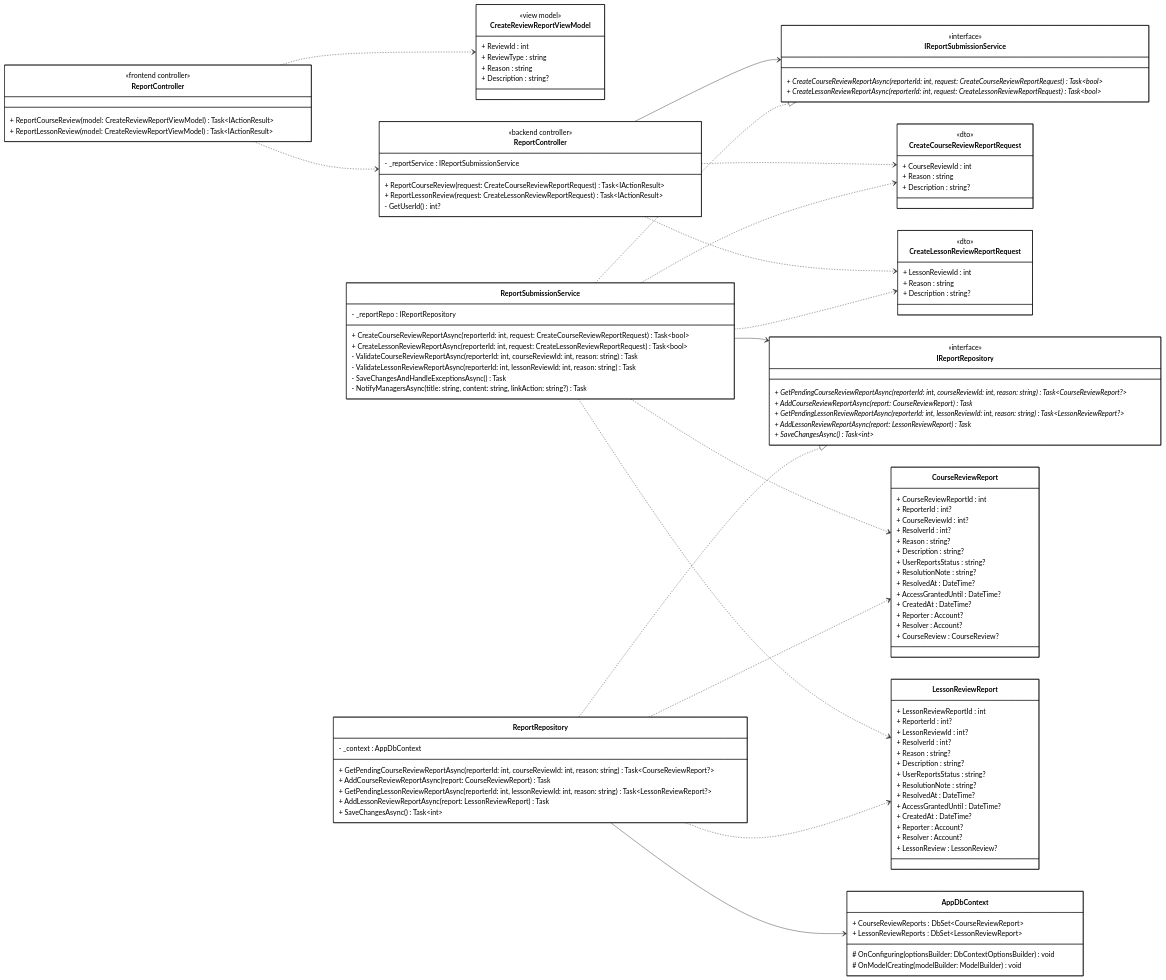
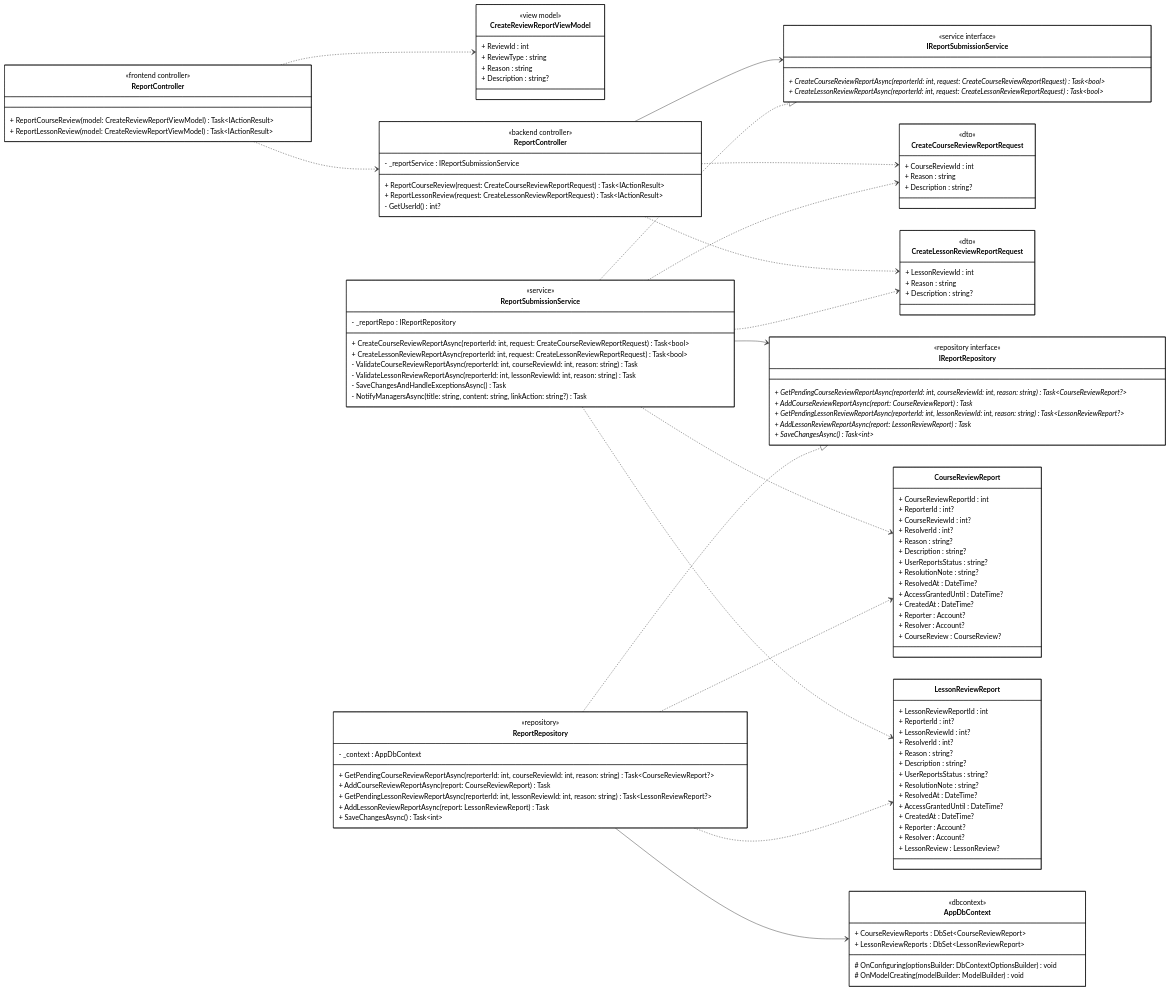
One commit to 1000do/Linked changed the diagram in diagrams/class_mermaid/report/cls_mm_report_review.mmd. Above: the diagram before and after it, drawn with Mermaid. The commit also changed 69 other files, not shown here.

Commit message:
update skill sequence, class

```diff
--- a/diagrams/class_mermaid/report/cls_mm_report_review.mmd
+++ b/diagrams/class_mermaid/report/cls_mm_report_review.mmd
@@ -1,163 +1,166 @@
 classDiagram
 direction LR
 
 %% ==================== FRONTEND ====================
 
 class ReportControllerFE["ReportController"] {
     <<frontend controller>>
     + ReportCourseReview(model: CreateReviewReportViewModel) Task~IActionResult~
     + ReportLessonReview(model: CreateReviewReportViewModel) Task~IActionResult~
 }
 
 class CreateReviewReportViewModel {
     <<view model>>
     + ReviewId : int
     + ReviewType : string
     + Reason : string
     + Description : string?
 }
 
 %% ==================== BACKEND - CONTROLLER ====================
 
 class ReportControllerBE["ReportController"] {
     <<backend controller>>
     - _reportService : IReportSubmissionService
     
     + ReportCourseReview(request: CreateCourseReviewReportRequest) Task~IActionResult~
     + ReportLessonReview(request: CreateLessonReviewReportRequest) Task~IActionResult~
     - GetUserId() int?
 }
 
 %% ==================== BACKEND - DTOs ====================
 
 class CreateCourseReviewReportRequest {
     <<dto>>
     + CourseReviewId : int
     + Reason : string
     + Description : string?
 }
 
 class CreateLessonReviewReportRequest {
     <<dto>>
     + LessonReviewId : int
     + Reason : string
     + Description : string?
 }
 
 %% ==================== BACKEND - DOMAIN ENTITIES ====================
 
 class CourseReviewReport {
     + CourseReviewReportId : int
     + ReporterId : int?
     + CourseReviewId : int?
     + ResolverId : int?
     + Reason : string?
     + Description : string?
     + UserReportsStatus : string?
     + ResolutionNote : string?
     + ResolvedAt : DateTime?
     + AccessGrantedUntil : DateTime?
     + CreatedAt : DateTime?
     + Reporter : Account?
     + Resolver : Account?
     + CourseReview : CourseReview?
 }
 
 class LessonReviewReport {
     + LessonReviewReportId : int
     + ReporterId : int?
     + LessonReviewId : int?
     + ResolverId : int?
     + Reason : string?
     + Description : string?
     + UserReportsStatus : string?
     + ResolutionNote : string?
     + ResolvedAt : DateTime?
     + AccessGrantedUntil : DateTime?
     + CreatedAt : DateTime?
     + Reporter : Account?
     + Resolver : Account?
     + LessonReview : LessonReview?
 }
 
 %% ==================== BACKEND - SERVICE INTERFACES ====================
 
 class IReportSubmissionService {
-    <<interface>>
+    <<service interface>>
     + CreateCourseReviewReportAsync(reporterId: int, request: CreateCourseReviewReportRequest) Task~bool~ *
     + CreateLessonReviewReportAsync(reporterId: int, request: CreateLessonReviewReportRequest) Task~bool~ *
 }
 
 class IReportRepository {
-    <<interface>>
+    <<repository interface>>
     + GetPendingCourseReviewReportAsync(reporterId: int, courseReviewId: int, reason: string) Task~CourseReviewReport?~ *
     + AddCourseReviewReportAsync(report: CourseReviewReport) Task *
     + GetPendingLessonReviewReportAsync(reporterId: int, lessonReviewId: int, reason: string) Task~LessonReviewReport?~ *
     + AddLessonReviewReportAsync(report: LessonReviewReport) Task *
     + SaveChangesAsync() Task~int~ *
 }
 
 %% ==================== BACKEND - SERVICE IMPLEMENTATION ====================
 
 class ReportSubmissionService {
+    <<service>>
     - _reportRepo : IReportRepository
     
     + CreateCourseReviewReportAsync(reporterId: int, request: CreateCourseReviewReportRequest) Task~bool~
     + CreateLessonReviewReportAsync(reporterId: int, request: CreateLessonReviewReportRequest) Task~bool~
     - ValidateCourseReviewReportAsync(reporterId: int, courseReviewId: int, reason: string) Task
     - ValidateLessonReviewReportAsync(reporterId: int, lessonReviewId: int, reason: string) Task
     - SaveChangesAndHandleExceptionsAsync() Task
     - NotifyManagersAsync(title: string, content: string, linkAction: string?) Task
 }
 
 %% ==================== BACKEND - REPOSITORY IMPLEMENTATION ====================
 
 class ReportRepository {
+    <<repository>>
     - _context : AppDbContext
     
     + GetPendingCourseReviewReportAsync(reporterId: int, courseReviewId: int, reason: string) Task~CourseReviewReport?~
     + AddCourseReviewReportAsync(report: CourseReviewReport) Task
     + GetPendingLessonReviewReportAsync(reporterId: int, lessonReviewId: int, reason: string) Task~LessonReviewReport?~
     + AddLessonReviewReportAsync(report: LessonReviewReport) Task
     + SaveChangesAsync() Task~int~
 }
 
 %% ==================== BACKEND - DbContext ====================
 
 class AppDbContext {
+    <<dbcontext>>
     + CourseReviewReports : DbSet~CourseReviewReport~
     + LessonReviewReports : DbSet~LessonReviewReport~
     
     # OnConfiguring(optionsBuilder: DbContextOptionsBuilder) void
     # OnModelCreating(modelBuilder: ModelBuilder) void
 }
 
 %% ==================== RELATIONSHIPS ====================
 
 %% === UNIDIRECTIONAL ASSOCIATION (solid arrow) ===
 ReportControllerBE --> IReportSubmissionService
 ReportSubmissionService --> IReportRepository
 ReportRepository --> AppDbContext
 
 %% === INTERFACE REALIZATION ===
 ReportSubmissionService ..|> IReportSubmissionService
 ReportRepository ..|> IReportRepository
 
 %% === DEPENDENCY (dashed arrows) ===
 ReportControllerFE ..> ReportControllerBE
 ReportControllerFE ..> CreateReviewReportViewModel
 
 ReportControllerBE ..> CreateCourseReviewReportRequest
 ReportControllerBE ..> CreateLessonReviewReportRequest
 
 ReportSubmissionService ..> CreateCourseReviewReportRequest
 ReportSubmissionService ..> CreateLessonReviewReportRequest
 ReportSubmissionService ..> CourseReviewReport
 ReportSubmissionService ..> LessonReviewReport
 
 ReportRepository ..> CourseReviewReport
 ReportRepository ..> LessonReviewReport
 
 %% ==================== STYLES ====================
 
 classDef default fill:#FFFFFF,stroke:#000000,stroke-width:1px,color:#000000
```
